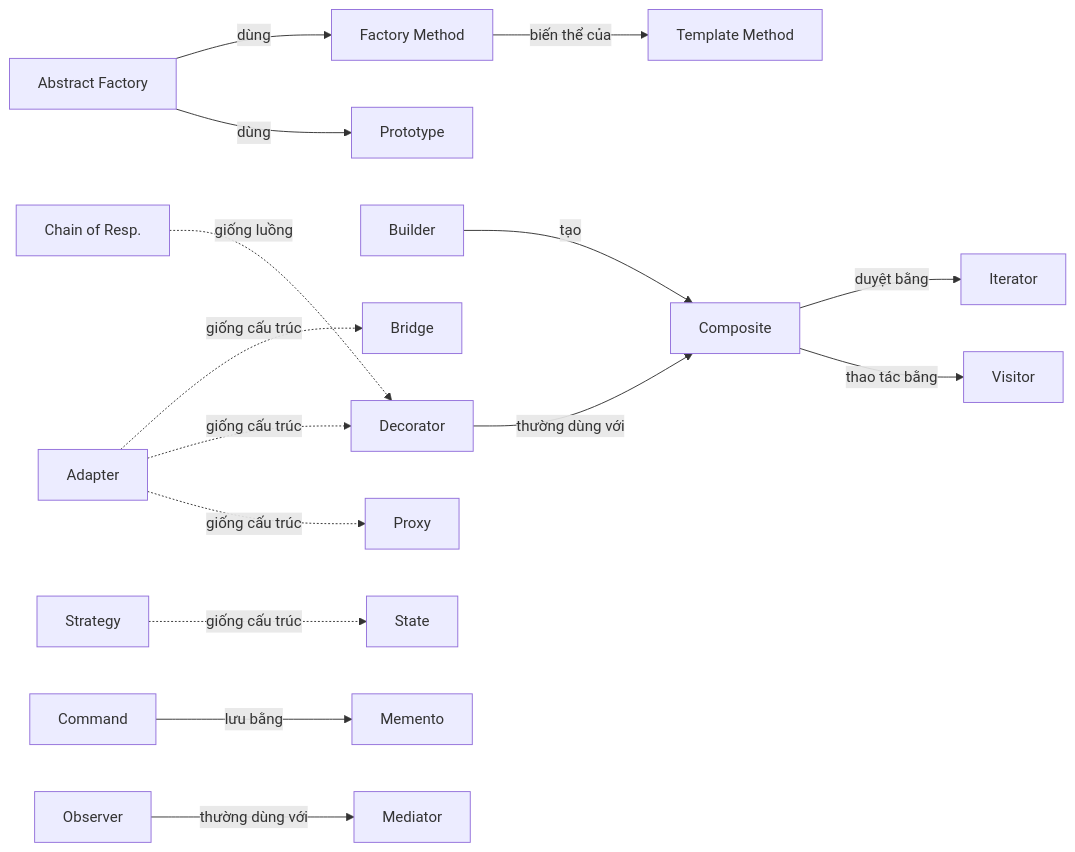
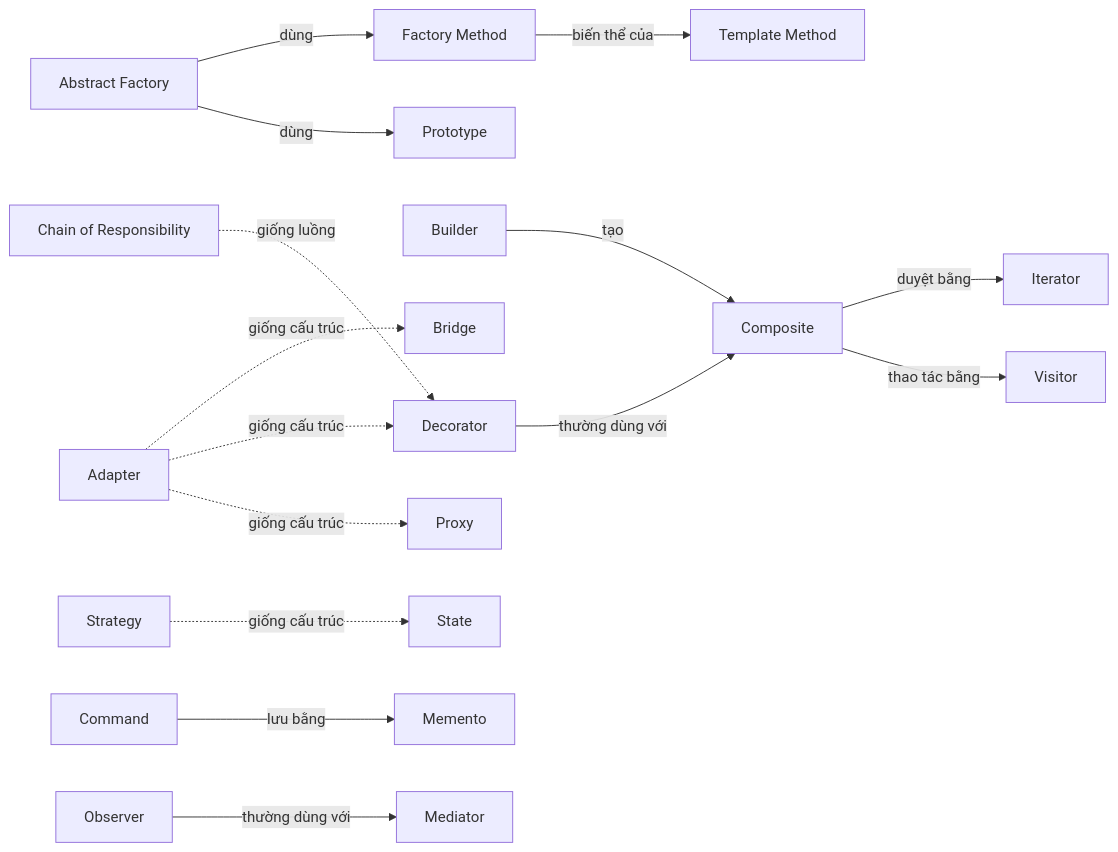
One commit to nguyentthai96/research_docs changed the second of 2 diagrams in design-patterns/README.md. Above: the diagram before and after it, drawn with Mermaid. The commit also changed other lines of this file and 2 other files, not shown here.

First line of the commit message:
fix: mermaid diagram text rendering - CSS cascade override

````diff
--- a/design-patterns/README.md
+++ b/design-patterns/README.md
@@ -88,21 +88,21 @@
 ```mermaid
 graph LR
     AF["Abstract Factory"] -->|"dùng"| FM["Factory Method"]
     AF -->|"dùng"| P["Prototype"]
     B["Builder"] -->|"tạo"| CO["Composite"]
     FM -->|"biến thể của"| TM["Template Method"]
     
     AD["Adapter"] -.->|"giống cấu trúc"| BR["Bridge"]
     AD -.->|"giống cấu trúc"| DE["Decorator"]
     AD -.->|"giống cấu trúc"| PR["Proxy"]
     
     DE -->|"thường dùng với"| CO
     CO -->|"duyệt bằng"| IT["Iterator"]
     CO -->|"thao tác bằng"| VIS["Visitor"]
     
     STR["Strategy"] -.->|"giống cấu trúc"| ST["State"]
     CMD["Command"] -->|"lưu bằng"| MEM["Memento"]
     OBS["Observer"] -->|"thường dùng với"| MED["Mediator"]
     
-    COR["Chain of Resp."] -.->|"giống luồng"| DE
+    COR["Chain of Responsibility"] -.->|"giống luồng"| DE
 ```
````
